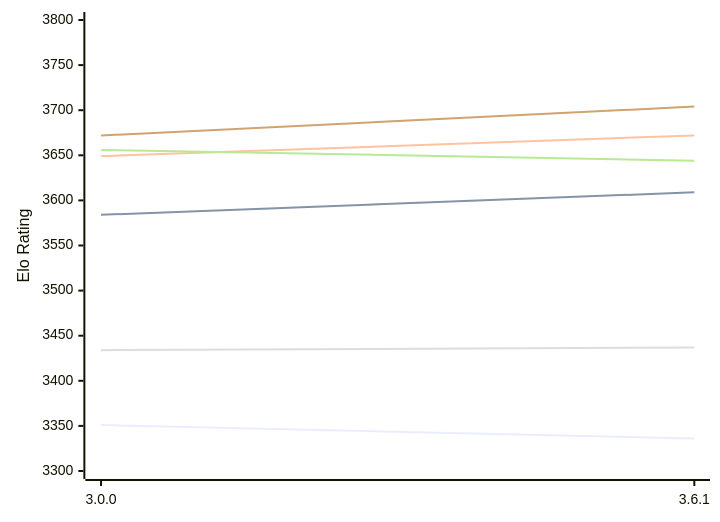
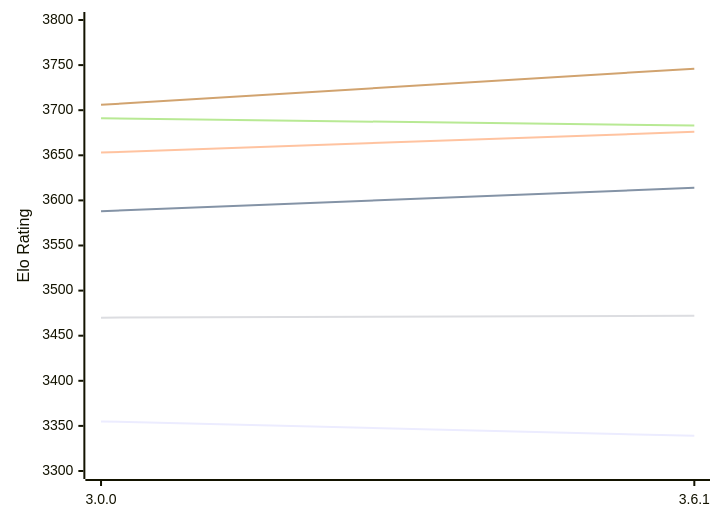
Before and after one commit to computer-chess-index/cci: the diagram in engines/Peras.md, drawn with Mermaid. The commit also changed other lines of this file, not shown here.

Commit message:
Update CCI Ratings (ELO VLTC) - 2026-11-01

````diff
--- a/engines/Peras.md
+++ b/engines/Peras.md
@@ -49,12 +49,12 @@
 ```mermaid
 %%{init: {"theme":"base","themeVariables":{"seriesColors:['#a3a3a3','#222221','#faa371']}}}%%
 xychart-beta
   x-axis ["3.0.0", "3.6.1"]
   y-axis "Elo Rating" 3300 --> 3800
-  line "E1: STC (8.0+0.08s)" [3351, 3336]
-  line "E1: LTC (60.0+0.60s)" [3584, 3609]
-  line "E1: VLTC (2m24s+1.12s)" [3649, 3672]
-  line "P1: STC (8.0+0.08s)" [3434, 3437]
-  line "P1: LTC (60.0+0.60s)" [3656, 3644]
-  line "P1: VLTC (2m24s+1.12s)" [3672, 3704]
+  line "E1: STC (8.0+0.08s)" [3355, 3339]
+  line "E1: LTC (60.0+0.60s)" [3588, 3614]
+  line "E1: VLTC (2m24s+1.12s)" [3653, 3676]
+  line "P1: STC (8.0+0.08s)" [3470, 3472]
+  line "P1: LTC (60.0+0.60s)" [3691, 3683]
+  line "P1: VLTC (2m24s+1.12s)" [3706, 3746]
 ```
````
